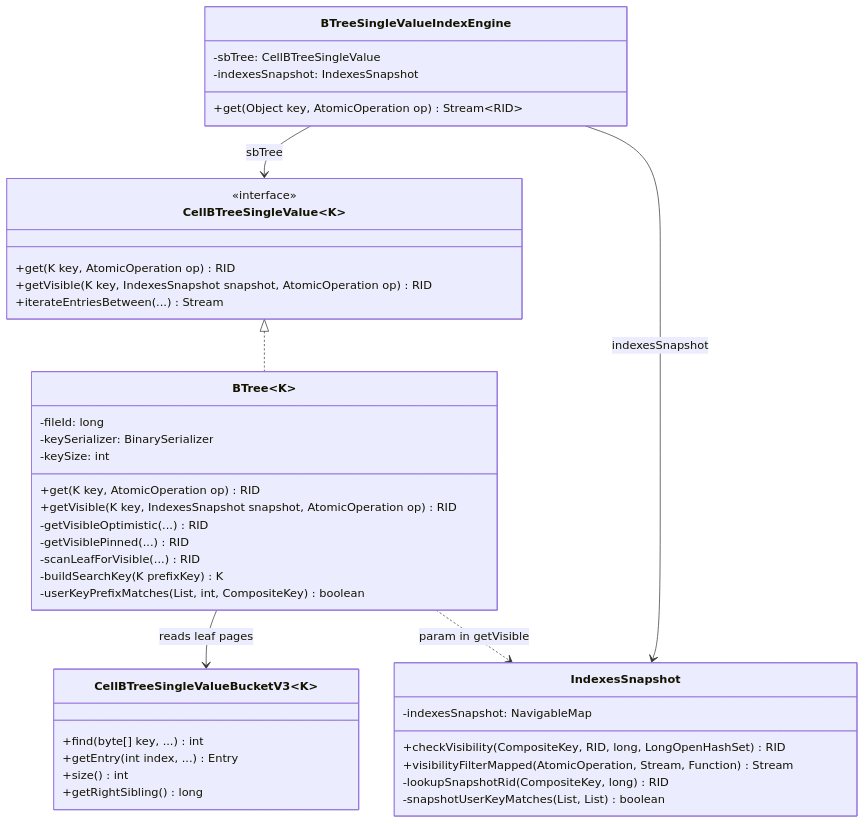
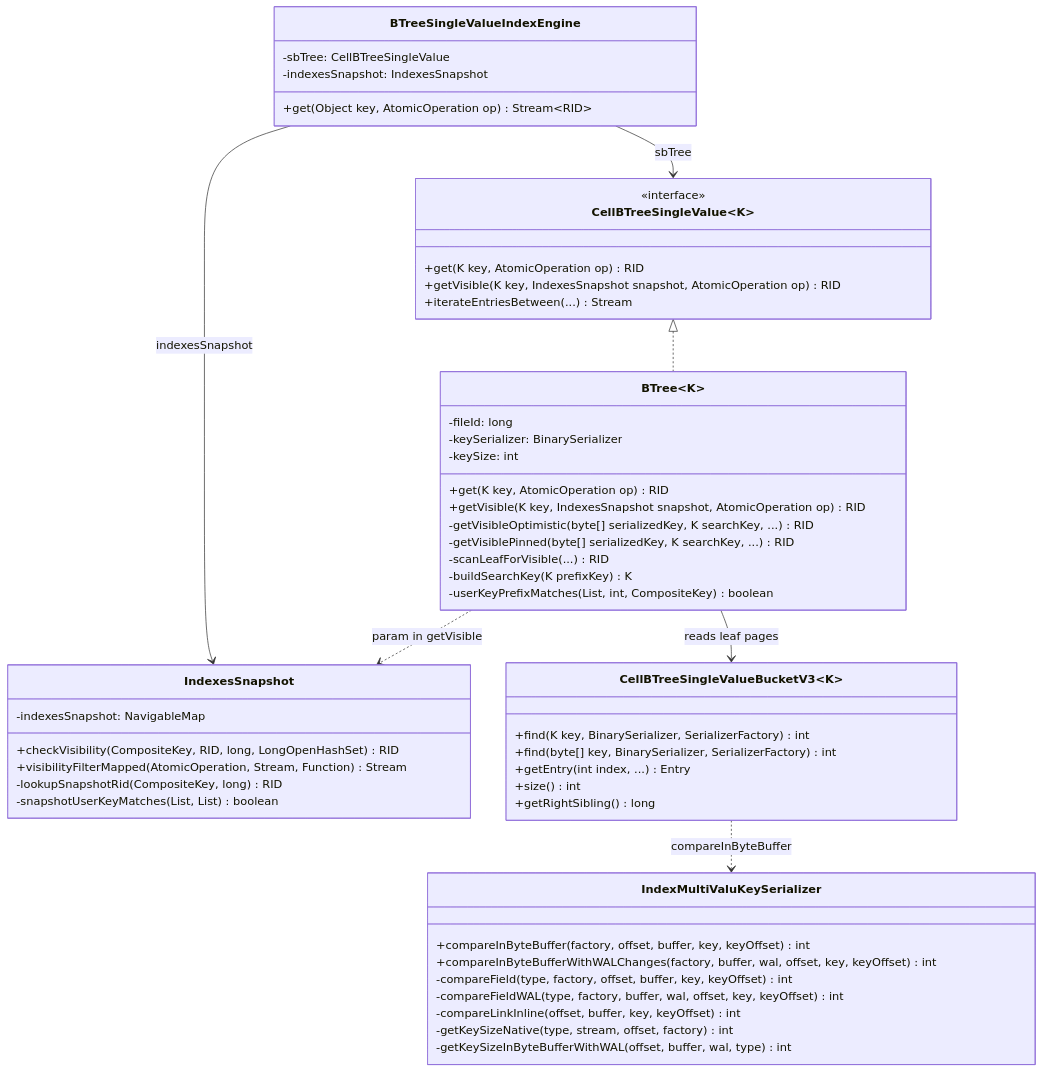
One commit to JetBrains/youtrackdb changed the first of 3 diagrams in docs/adr/optimize-single-value-get/design-final.md. Above: the diagram before and after it, drawn with Mermaid. The commit also changed other lines of this file and 1 other file, not shown here.

````diff
--- a/docs/adr/optimize-single-value-get/design-final.md
+++ b/docs/adr/optimize-single-value-get/design-final.md
@@ -31,49 +44,61 @@
 ```mermaid
 classDiagram
     class CellBTreeSingleValue~K~ {
         <<interface>>
         +get(K key, AtomicOperation op) RID
         +getVisible(K key, IndexesSnapshot snapshot, AtomicOperation op) RID
         +iterateEntriesBetween(...) Stream
     }
 
     class BTree~K~ {
         -fileId: long
         -keySerializer: BinarySerializer
         -keySize: int
         +get(K key, AtomicOperation op) RID
         +getVisible(K key, IndexesSnapshot snapshot, AtomicOperation op) RID
-        -getVisibleOptimistic(...) RID
-        -getVisiblePinned(...) RID
+        -getVisibleOptimistic(byte[] serializedKey, K searchKey, ...) RID
+        -getVisiblePinned(byte[] serializedKey, K searchKey, ...) RID
         -scanLeafForVisible(...) RID
         -buildSearchKey(K prefixKey) K
         -userKeyPrefixMatches(List, int, CompositeKey) boolean
     }
 
     class BTreeSingleValueIndexEngine {
         -sbTree: CellBTreeSingleValue
         -indexesSnapshot: IndexesSnapshot
         +get(Object key, AtomicOperation op) Stream~RID~
     }
 
     class IndexesSnapshot {
         -indexesSnapshot: NavigableMap
         +checkVisibility(CompositeKey, RID, long, LongOpenHashSet) RID
         +visibilityFilterMapped(AtomicOperation, Stream, Function) Stream
         -lookupSnapshotRid(CompositeKey, long) RID
         -snapshotUserKeyMatches(List, List) boolean
     }
 
+    class IndexMultiValuKeySerializer {
+        +compareInByteBuffer(factory, offset, buffer, key, keyOffset) int
+        +compareInByteBufferWithWALChanges(factory, buffer, wal, offset, key, keyOffset) int
+        -compareField(type, factory, offset, buffer, key, keyOffset) int
+        -compareFieldWAL(type, factory, buffer, wal, offset, key, keyOffset) int
+        -compareLinkInline(offset, buffer, key, keyOffset) int
+        -getKeySizeNative(type, stream, offset, factory) int
+        -getKeySizeInByteBufferWithWAL(offset, buffer, wal, type) int
+    }
+
     class CellBTreeSingleValueBucketV3~K~ {
-        +find(byte[] key, ...) int
+        +find(K key, BinarySerializer, SerializerFactory) int
+        +find(byte[] key, BinarySerializer, SerializerFactory) int
         +getEntry(int index, ...) Entry
         +size() int
         +getRightSibling() long
     }
 
     CellBTreeSingleValue <|.. BTree
     BTreeSingleValueIndexEngine --> CellBTreeSingleValue : sbTree
     BTreeSingleValueIndexEngine --> IndexesSnapshot : indexesSnapshot
     BTree --> CellBTreeSingleValueBucketV3 : reads leaf pages
     BTree ..> IndexesSnapshot : param in getVisible
+    CellBTreeSingleValueBucketV3 ..> IndexMultiValuKeySerializer : compareInByteBuffer
 ```
````
